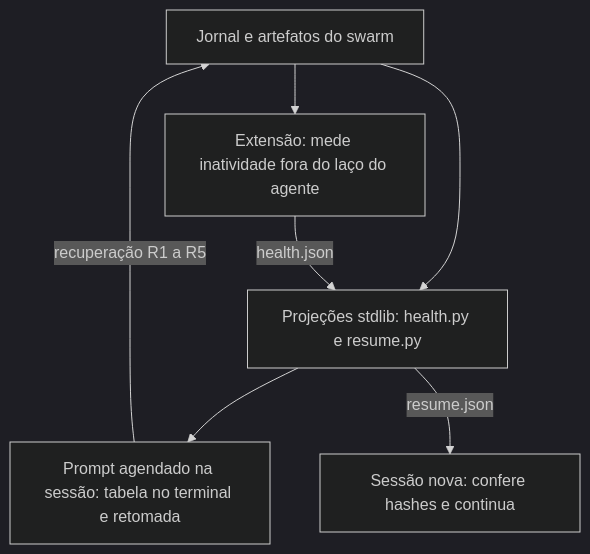
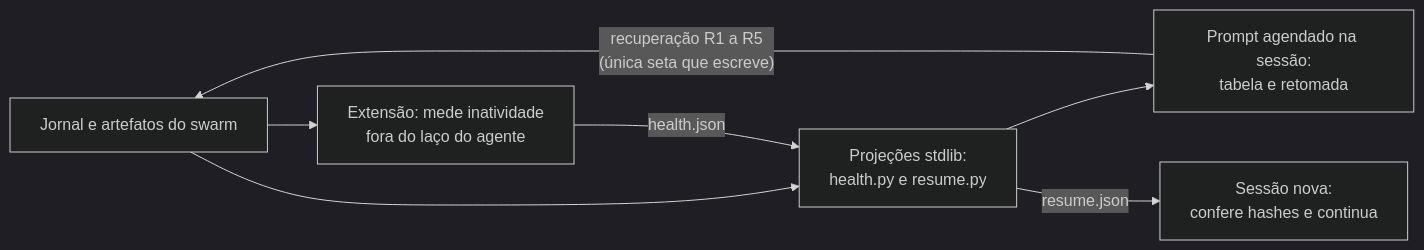
One commit to EdneiMonteiro/document-swarm changed the second of 2 diagrams in docs/monitor.md. Above: the diagram before and after it, drawn with Mermaid (dark theme).

Commit message:
docs: lay out the watchdog diagram left to right so it is readable
Parsing proved the diagram was valid, not that it was legible. Rendering it in a
real browser showed a 429x867 column in which the recovery label floated far from
the arrow it names.

Three candidates were rendered and measured. The top-down version stayed at a
0.50 aspect ratio; a subgraph version read right to left and sent health.json on
a long detour underneath. The left-to-right version is 1203x351, follows the
reading direction and keeps every label on its own edge. The recovery arrow now
says it is the only one that writes, so the image stands on its own.

````diff
--- a/docs/monitor.md
+++ b/docs/monitor.md
@@ -203,10 +203,14 @@
 ```mermaid
-flowchart TB
+flowchart LR
   ART[Jornal e artefatos do swarm]
-  ART --> EXT["Extensão: mede inatividade fora do laço do agente"]
-  ART --> PRJ["Projeções stdlib: health.py e resume.py"]
+  EXT["Extensão: mede inatividade<br/>fora do laço do agente"]
+  PRJ["Projeções stdlib:<br/>health.py e resume.py"]
+  TICK["Prompt agendado na sessão:<br/>tabela e retomada"]
+  NEW["Sessão nova:<br/>confere hashes e continua"]
+  ART --> EXT
+  ART --> PRJ
   EXT -->|health.json| PRJ
-  PRJ --> TICK["Prompt agendado na sessão: tabela no terminal e retomada"]
-  PRJ -->|resume.json| NEW["Sessão nova: confere hashes e continua"]
-  TICK -->|recuperação R1 a R5| ART
+  PRJ --> TICK
+  PRJ -->|resume.json| NEW
+  TICK -->|"recuperação R1 a R5<br/>(única seta que escreve)"| ART
 ```
````
